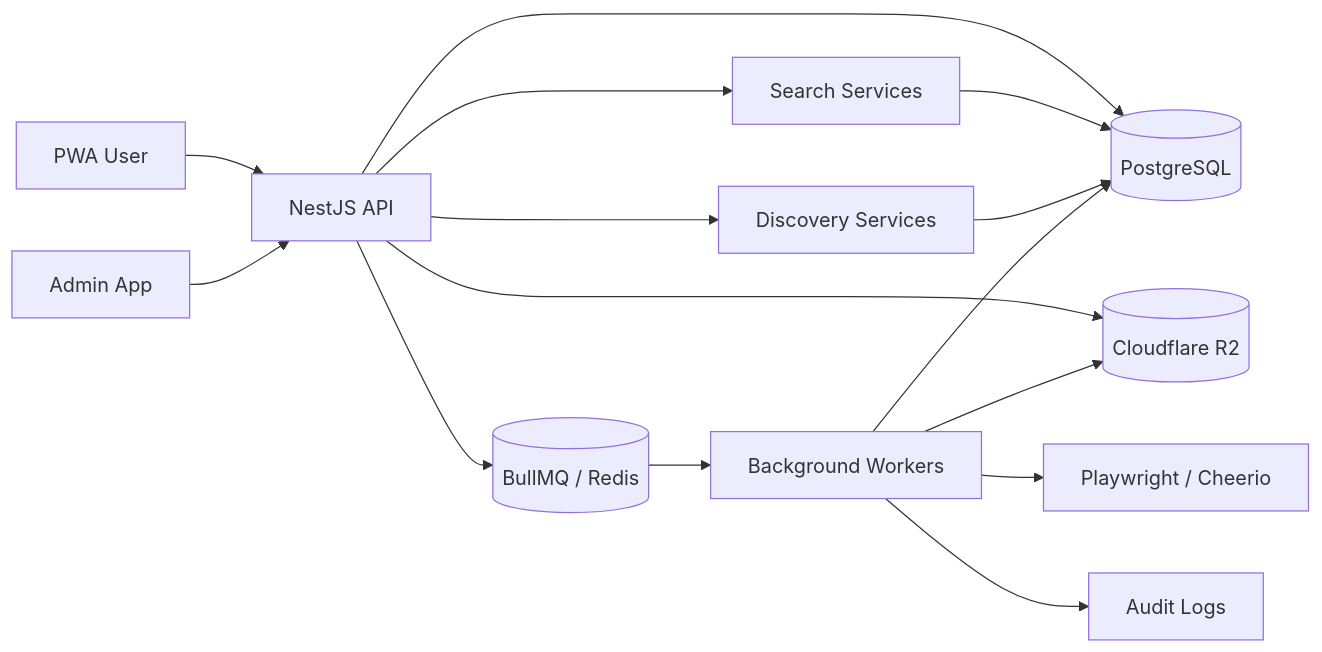
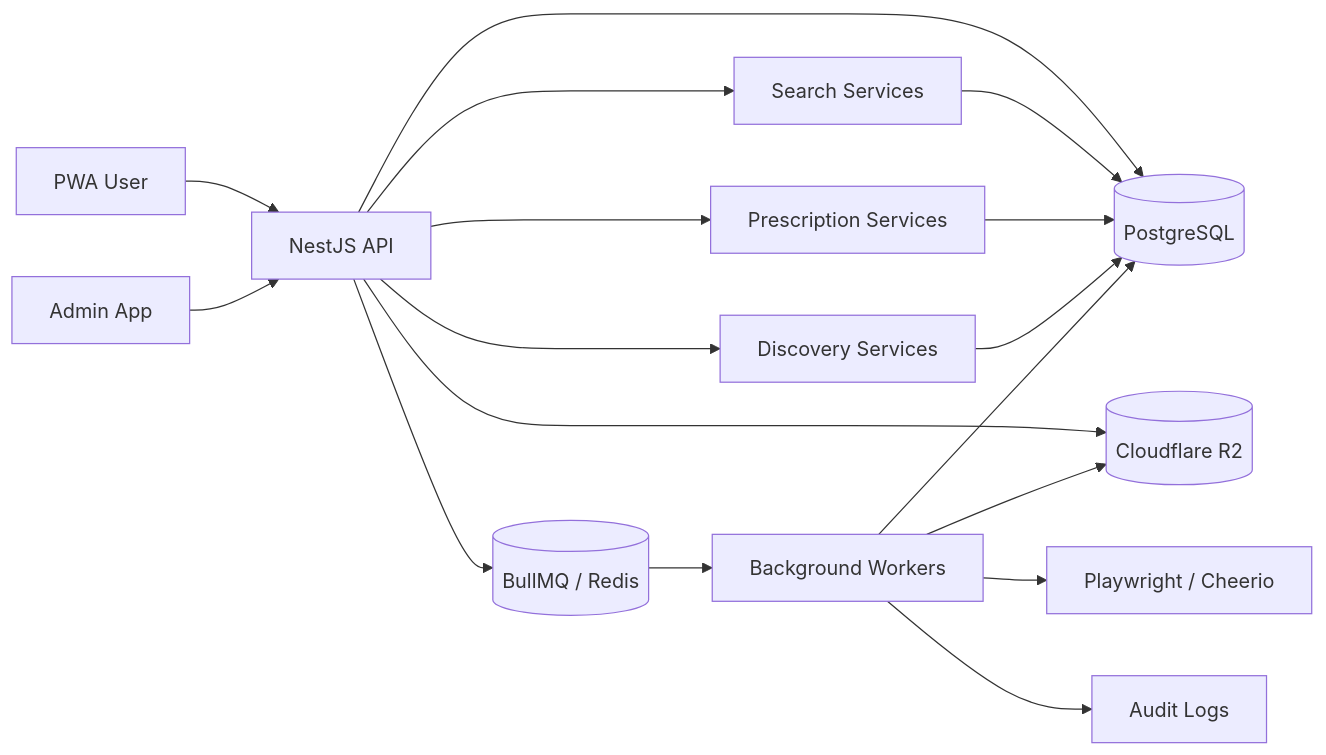
Before and after one commit to emttspk/dawaisaver.pk: the diagram in docs/SYSTEM_ARCHITECTURE.md, drawn with Mermaid. The commit also changed other lines of this file and 41 other files, not shown here.

````diff
--- a/docs/SYSTEM_ARCHITECTURE.md
+++ b/docs/SYSTEM_ARCHITECTURE.md
@@ -72,17 +81,19 @@
 ```mermaid
 flowchart LR
   User[PWA User] --> API[NestJS API]
   Admin[Admin App] --> API
   API --> DB[(PostgreSQL)]
   API --> R2[(Cloudflare R2)]
   API --> Queue[(BullMQ / Redis)]
   API --> Search[Search Services]
+  API --> Prescription[Prescription Services]
   API --> Discovery[Discovery Services]
   Search --> DB
+  Prescription --> DB
   Discovery --> DB
   Queue --> Workers[Background Workers]
   Workers --> Crawlers[Playwright / Cheerio]
   Workers --> DB
   Workers --> R2
   Workers --> Audit[Audit Logs]
 ```
````
